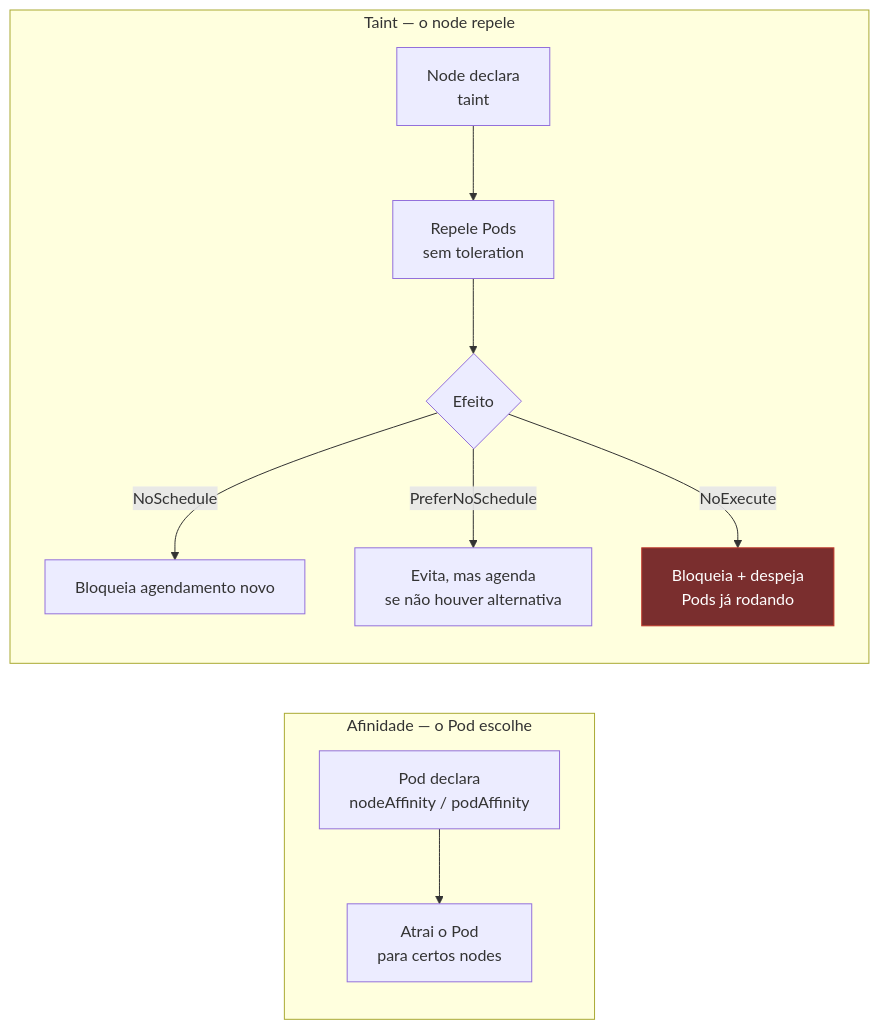
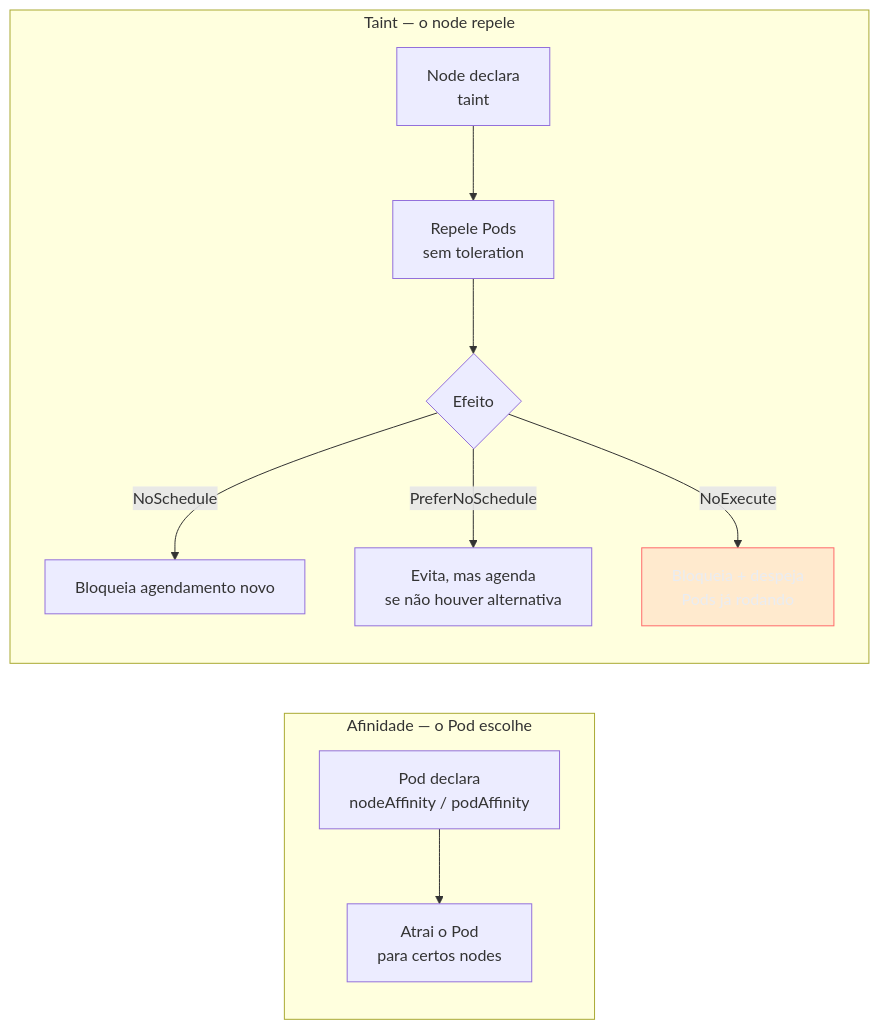
Before and after one commit to josenaldo/codex-technomanticus: the second of 3 diagrams in 03-Dominios/Tecnologia/Infraestrutura/Kubernetes/12 - Scheduling.md, drawn with Mermaid. The commit also changed other lines of this file and 1181 other files, not shown here.

First line of the commit message:
fix(diagramas): paleta do sistema no lugar de cor cravada no markdown

````diff
--- a/03-Dominios/Tecnologia/Infraestrutura/Kubernetes/12 - Scheduling.md
+++ b/03-Dominios/Tecnologia/Infraestrutura/Kubernetes/12 - Scheduling.md
@@ -233,14 +235,15 @@
 ```mermaid
 graph LR
+    classDef falha fill:#FF6B6B24,stroke:#FF6B6B,color:#E9ECF2
     subgraph "Afinidade — o Pod escolhe"
         A1["Pod declara<br/>nodeAffinity / podAffinity"] --> A2["Atrai o Pod<br/>para certos nodes"]
     end
     subgraph "Taint — o node repele"
         T1["Node declara<br/>taint"] --> T2["Repele Pods<br/>sem toleration"]
         T2 --> T3{"Efeito"}
         T3 -->|"NoSchedule"| T4["Bloqueia agendamento novo"]
         T3 -->|"PreferNoSchedule"| T5["Evita, mas agenda<br/>se não houver alternativa"]
         T3 -->|"NoExecute"| T6["Bloqueia + despeja<br/>Pods já rodando"]
     end
-    style T6 fill:#7a2e2e,stroke:#c0392b,color:#fff
+    class T6 falha
 ```
````
